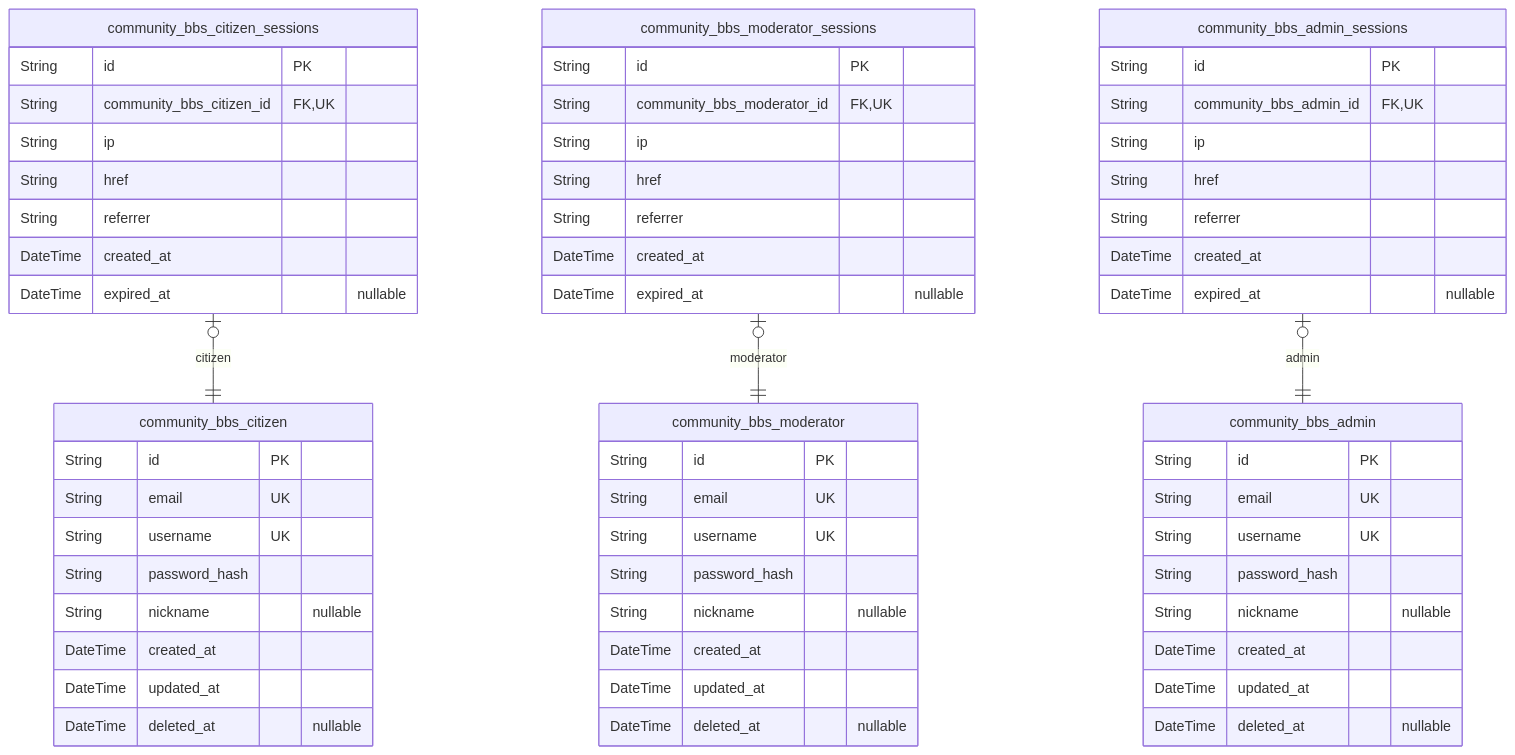
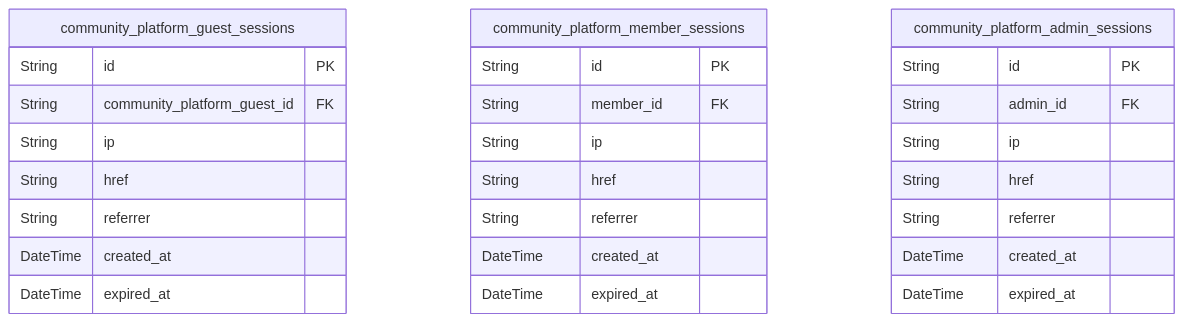
One commit to wrtnlabs/autobe-examples changed the second of 10 diagrams in qwen/qwen3-next-80b-a3b-instruct/reddit/docs/ERD.md. Above: the diagram before and after it, drawn with Mermaid. The commit also changed other lines of this file and 6988 other files, not shown here.

````diff
--- a/qwen/qwen3-next-80b-a3b-instruct/reddit/docs/ERD.md
+++ b/qwen/qwen3-next-80b-a3b-instruct/reddit/docs/ERD.md
@@ -183,63 +414,30 @@
 ```mermaid
 erDiagram
-"community_bbs_citizen" {
+"community_platform_guest_sessions" {
   String id PK
-  String email UK
-  String username UK
-  String password_hash
-  String nickname "nullable"
-  DateTime created_at
-  DateTime updated_at
-  DateTime deleted_at "nullable"
-}
-"community_bbs_citizen_sessions" {
-  String id PK
-  String community_bbs_citizen_id FK,UK
+  String community_platform_guest_id FK
   String ip
   String href
   String referrer
   DateTime created_at
-  DateTime expired_at "nullable"
+  DateTime expired_at
 }
-"community_bbs_moderator" {
+"community_platform_member_sessions" {
   String id PK
-  String email UK
-  String username UK
-  String password_hash
-  String nickname "nullable"
-  DateTime created_at
-  DateTime updated_at
-  DateTime deleted_at "nullable"
-}
-"community_bbs_moderator_sessions" {
-  String id PK
-  String community_bbs_moderator_id FK,UK
+  String member_id FK
   String ip
   String href
   String referrer
   DateTime created_at
-  DateTime expired_at "nullable"
+  DateTime expired_at
 }
-"community_bbs_admin" {
+"community_platform_admin_sessions" {
   String id PK
-  String email UK
-  String username UK
-  String password_hash
-  String nickname "nullable"
-  DateTime created_at
-  DateTime updated_at
-  DateTime deleted_at "nullable"
-}
-"community_bbs_admin_sessions" {
-  String id PK
-  String community_bbs_admin_id FK,UK
+  String admin_id FK
   String ip
   String href
   String referrer
   DateTime created_at
-  DateTime expired_at "nullable"
+  DateTime expired_at
 }
-"community_bbs_citizen_sessions" |o--|| "community_bbs_citizen" : citizen
-"community_bbs_moderator_sessions" |o--|| "community_bbs_moderator" : moderator
-"community_bbs_admin_sessions" |o--|| "community_bbs_admin" : admin
 ```
````
